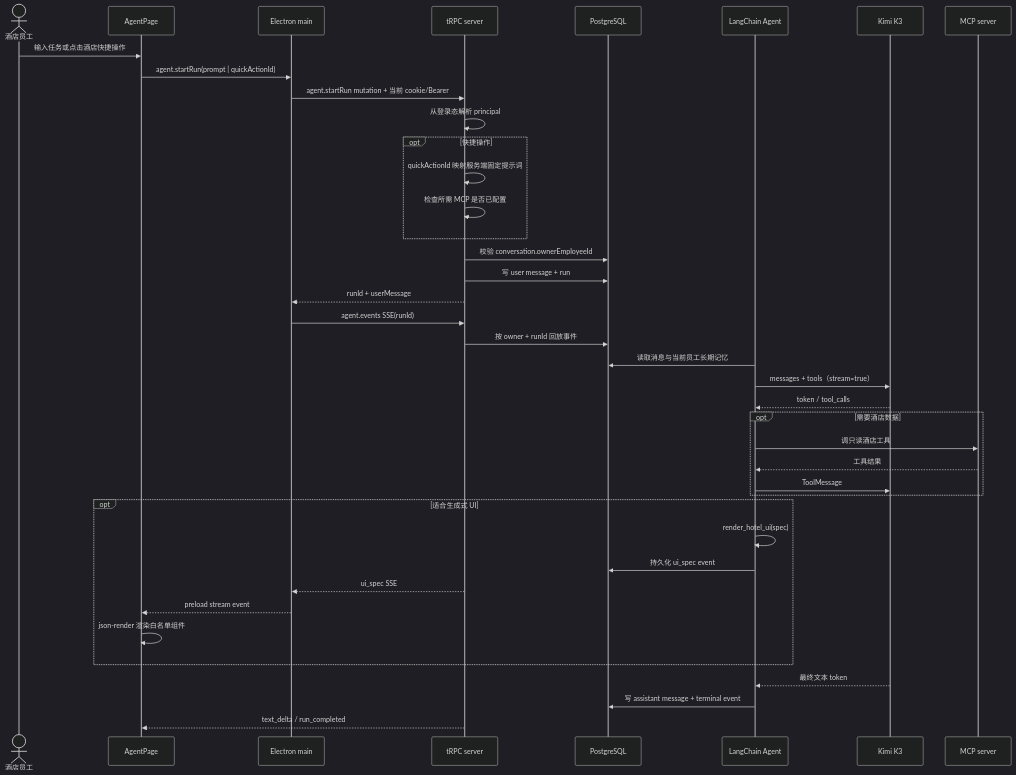
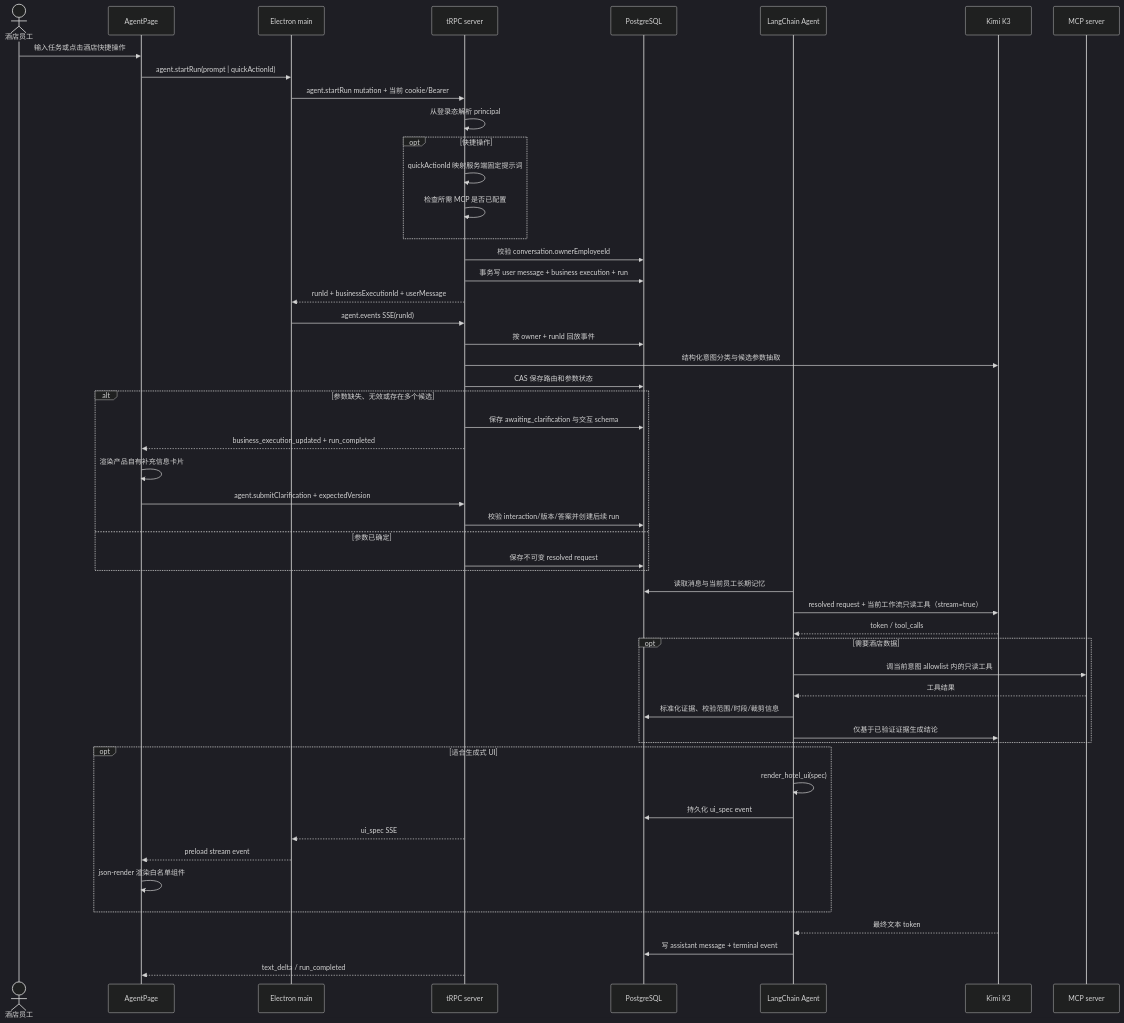
One commit to lishoubo/xiaozhi-desktop changed the second of 2 diagrams in docs/agent-integration-guide.md. Above: the diagram before and after it, drawn with Mermaid (dark theme). The commit also changed other lines of this file and 57 other files, not shown here.

````diff
--- a/docs/agent-integration-guide.md
+++ b/docs/agent-integration-guide.md
@@ -65,43 +64,55 @@
 ```mermaid
 sequenceDiagram
   actor User as 酒店员工
   participant UI as AgentPage
   participant Main as Electron main
   participant TRPC as tRPC server
   participant DB as PostgreSQL
   participant Agent as LangChain Agent
   participant Kimi as Kimi K3
   participant MCP as MCP server
 
   User->>UI: 输入任务或点击酒店快捷操作
   UI->>Main: agent.startRun(prompt | quickActionId)
   Main->>TRPC: agent.startRun mutation + 当前 cookie/Bearer
   TRPC->>TRPC: 从登录态解析 principal
   opt 快捷操作
     TRPC->>TRPC: quickActionId 映射服务端固定提示词
     TRPC->>TRPC: 检查所需 MCP 是否已配置
   end
   TRPC->>DB: 校验 conversation.ownerEmployeeId
-  TRPC->>DB: 写 user message + run
-  TRPC-->>Main: runId + userMessage
+  TRPC->>DB: 事务写 user message + business execution + run
+  TRPC-->>Main: runId + businessExecutionId + userMessage
   Main->>TRPC: agent.events SSE(runId)
   TRPC->>DB: 按 owner + runId 回放事件
+  TRPC->>Kimi: 结构化意图分类与候选参数抽取
+  TRPC->>DB: CAS 保存路由和参数状态
+  alt 参数缺失、无效或存在多个候选
+    TRPC->>DB: 保存 awaiting_clarification 与交互 schema
+    TRPC-->>UI: business_execution_updated + run_completed
+    UI->>UI: 渲染产品自有补充信息卡片
+    UI->>TRPC: agent.submitClarification + expectedVersion
+    TRPC->>DB: 校验 interaction/版本/答案并创建后续 run
+  else 参数已确定
+    TRPC->>DB: 保存不可变 resolved request
+  end
   Agent->>DB: 读取消息与当前员工长期记忆
-  Agent->>Kimi: messages + tools（stream=true）
+  Agent->>Kimi: resolved request + 当前工作流只读工具（stream=true）
   Kimi-->>Agent: token / tool_calls
   opt 需要酒店数据
-    Agent->>MCP: 调只读酒店工具
+    Agent->>MCP: 调当前意图 allowlist 内的只读工具
     MCP-->>Agent: 工具结果
-    Agent->>Kimi: ToolMessage
+    Agent->>DB: 标准化证据、校验范围/时段/裁剪信息
+    Agent->>Kimi: 仅基于已验证证据生成结论
   end
   opt 适合生成式 UI
     Agent->>Agent: render_hotel_ui(spec)
     Agent->>DB: 持久化 ui_spec event
     TRPC-->>Main: ui_spec SSE
     Main-->>UI: preload stream event
     UI->>UI: json-render 渲染白名单组件
   end
   Kimi-->>Agent: 最终文本 token
   Agent->>DB: 写 assistant message + terminal event
   TRPC-->>UI: text_delta / run_completed
 ```
````
